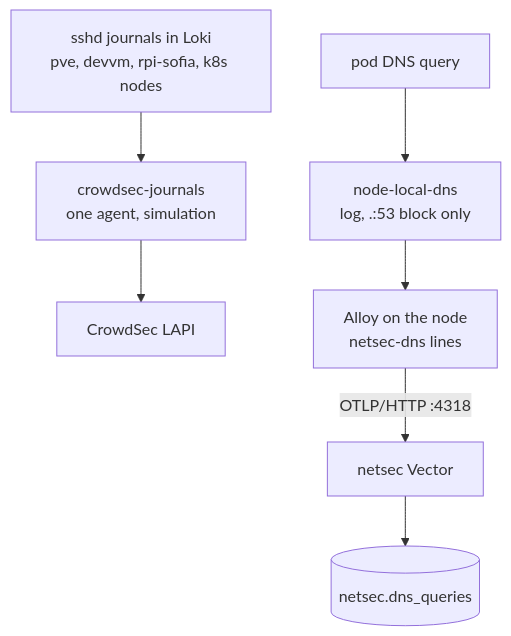
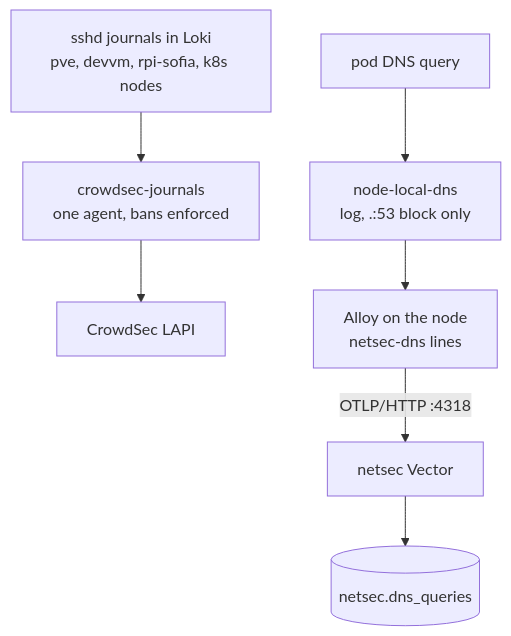
Before and after one commit to ViktorBarzin/infra: the fourth of 7 diagrams in docs/architecture/network-security-monitoring.md, drawn with Mermaid. The commit also changed other lines of this file and 5 other files, not shown here.

````diff
--- a/docs/architecture/network-security-monitoring.md
+++ b/docs/architecture/network-security-monitoring.md
@@ -247,9 +255,9 @@
 ```mermaid
 flowchart TD
-  J["sshd journals in Loki<br/>pve, devvm, rpi-sofia, k8s nodes"] --> CJ["crowdsec-journals<br/>one agent, simulation"]
+  J["sshd journals in Loki<br/>pve, devvm, rpi-sofia, k8s nodes"] --> CJ["crowdsec-journals<br/>one agent, bans enforced"]
   CJ --> LAPI["CrowdSec LAPI"]
   P["pod DNS query"] --> NL["node-local-dns<br/>log, .:53 block only"]
   NL --> AL["Alloy on the node<br/>netsec-dns lines"]
   AL -->|OTLP/HTTP :4318| V["netsec Vector"]
   V --> CH[("netsec.dns_queries")]
 ```
````
